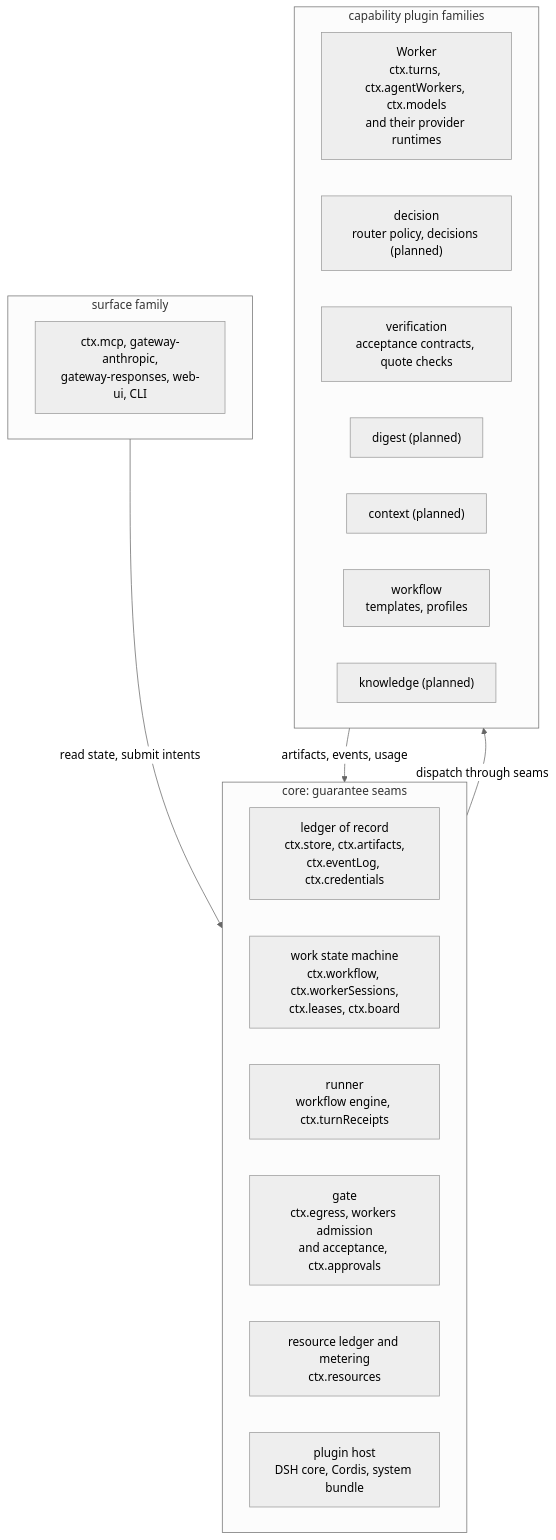
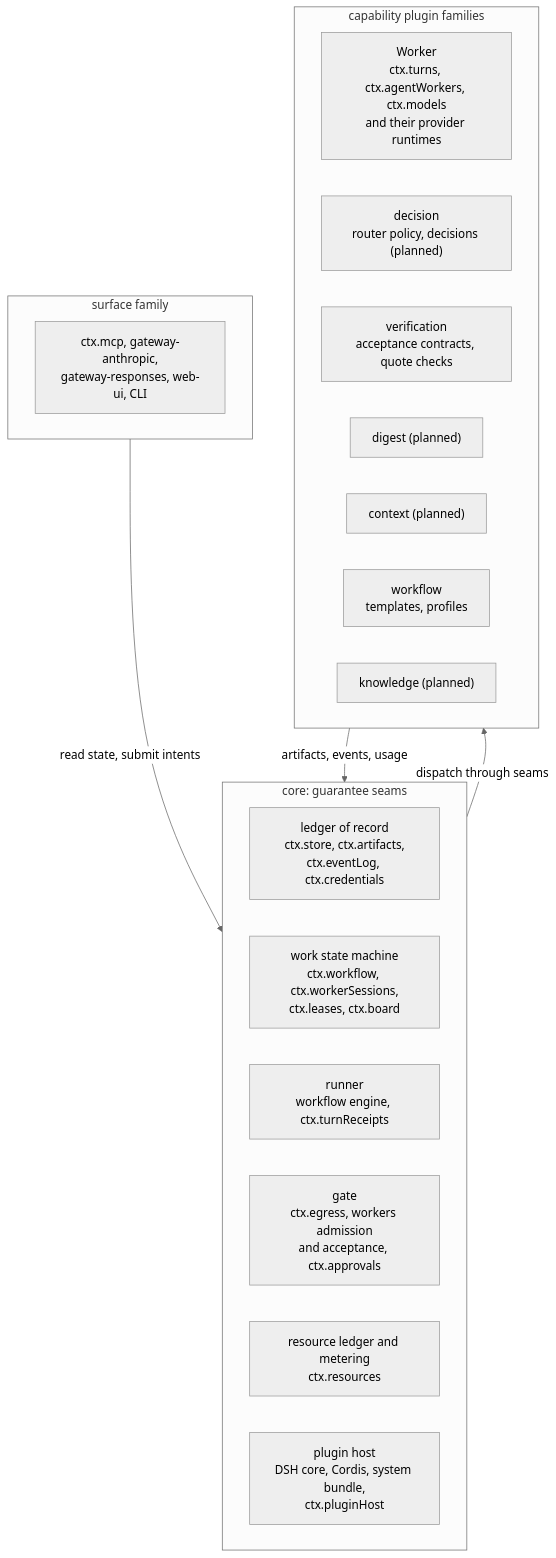
Before and after one commit to tsuuanmi/system: the third of 4 diagrams in docs/architecture/README.md, drawn with Mermaid (neutral theme). The commit also changed other lines of this file and 14 other files, not shown here.

First line of the commit message:
docs: the plugin host's protocol, REQ-HOST-7, the roadmap's B7 row, and the runbooks

````diff
--- a/docs/architecture/README.md
+++ b/docs/architecture/README.md
@@ -154,29 +155,29 @@
 ```mermaid
 flowchart TB
   subgraph SURF["surface family"]
     direction LR
     s1["ctx.mcp, gateway-anthropic,<br/>gateway-responses, web-ui, CLI"]
   end
   subgraph CORE["core: guarantee seams"]
     direction LR
     led["ledger of record<br/>ctx.store, ctx.artifacts,<br/>ctx.eventLog, ctx.credentials"]
     sm["work state machine<br/>ctx.workflow, ctx.workerSessions,<br/>ctx.leases, ctx.board"]
     run["runner<br/>workflow engine, ctx.turnReceipts"]
     gate["gate<br/>ctx.egress, workers admission<br/>and acceptance, ctx.approvals"]
     res["resource ledger and metering<br/>ctx.resources"]
-    host["plugin host<br/>DSH core, Cordis, system bundle"]
+    host["plugin host<br/>DSH core, Cordis, system bundle,<br/>ctx.pluginHost"]
   end
   subgraph CAPF["capability plugin families"]
     direction LR
     wkr["Worker<br/>ctx.turns, ctx.agentWorkers, ctx.models<br/>and their provider runtimes"]
     dec["decision<br/>router policy, decisions (planned)"]
     ver["verification<br/>acceptance contracts, quote checks"]
     dig["digest (planned)"]
     ctxp["context (planned)"]
     wfl["workflow<br/>templates, profiles"]
     kn["knowledge (planned)"]
   end
   SURF -->|"read state, submit intents"| CORE
   CORE -->|"dispatch through seams"| CAPF
   CAPF -->|"artifacts, events, usage"| CORE
 ```
````
